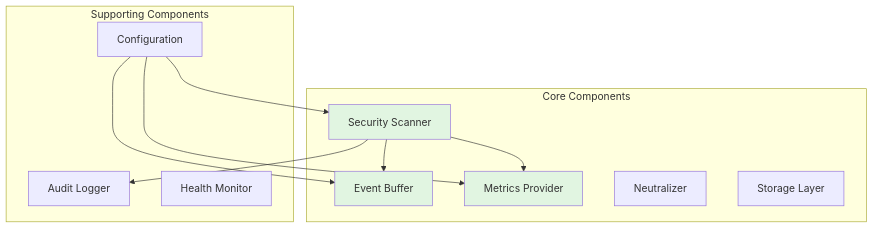
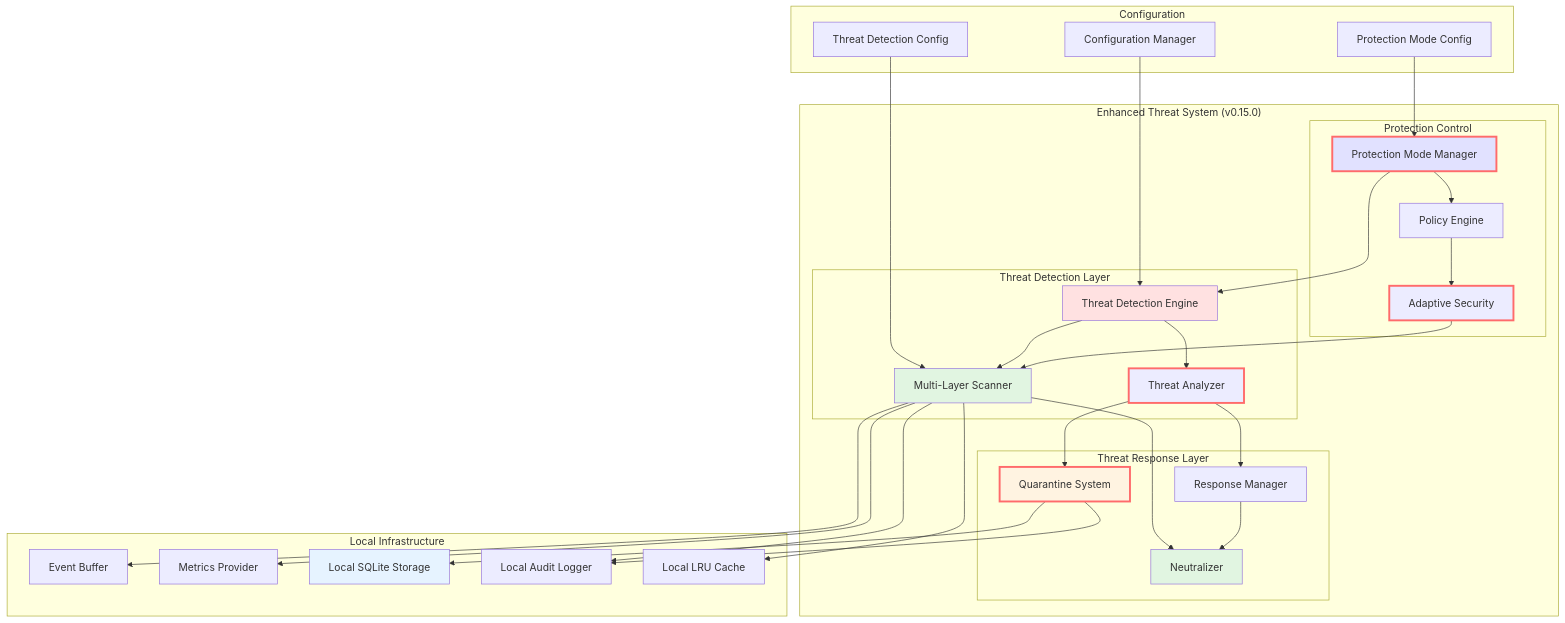
Before and after one commit to kindly-software-inc/kindly-guard: the second of 7 diagrams in docs/architecture/ARCHITECTURE.md, drawn with Mermaid. The commit also changed other lines of this file and 264 other files, not shown here.

First line of the commit message:
feat: Unified binary architecture and v0.15.0 release

````diff
--- a/docs/architecture/ARCHITECTURE.md
+++ b/docs/architecture/ARCHITECTURE.md
@@ -66,28 +135,73 @@
 ```mermaid
 graph TB
-    subgraph "Core Components"
-        Scanner[Security Scanner]
+    subgraph "Enhanced Threat System (v0.15.0)"
+        subgraph "Threat Detection Layer"
+            ThreatEngine[Threat Detection Engine]
+            Scanner[Multi-Layer Scanner]
+            Analyzer[Threat Analyzer]
+        end
+        
+        subgraph "Threat Response Layer"
+            Quarantine[Quarantine System]
+            Neutralizer[Neutralizer]
+            Responder[Response Manager]
+        end
+        
+        subgraph "Protection Control"
+            ProtectionModes[Protection Mode Manager]
+            PolicyEngine[Policy Engine]
+            Adaptivity[Adaptive Security]
+        end
+    end
+    
+    subgraph "Local Infrastructure"
         Buffer[Event Buffer]
         Metrics[Metrics Provider]
-        Neutralizer[Neutralizer]
-        Storage[Storage Layer]
+        Storage[Local SQLite Storage]
+        Audit[Local Audit Logger]
+        Cache[Local LRU Cache]
     end
     
-    subgraph "Supporting Components"
-        Config[Configuration]
-        Audit[Audit Logger]
-        Health[Health Monitor]
+    subgraph "Configuration"
+        Config[Configuration Manager]
+        ModeConfig[Protection Mode Config]
+        ThreatConfig[Threat Detection Config]
     end
     
-    Config --> Scanner
-    Config --> Buffer
-    Config --> Metrics
+    Config --> ThreatEngine
+    ModeConfig --> ProtectionModes
+    ThreatConfig --> Scanner
     
+    ThreatEngine --> Scanner
+    ThreatEngine --> Analyzer
+    Analyzer --> Quarantine
+    Analyzer --> Responder
+    
+    Scanner --> Neutralizer
     Scanner --> Buffer
     Scanner --> Metrics
     Scanner --> Audit
+    Scanner --> Cache
     
+    ProtectionModes --> ThreatEngine
+    ProtectionModes --> PolicyEngine
+    PolicyEngine --> Adaptivity
+    Adaptivity --> Scanner
+    
+    Quarantine --> Storage
+    Quarantine --> Audit
+    Responder --> Neutralizer
+    
+    style ThreatEngine fill:#ffe1e1
     style Scanner fill:#e1f5e1
-    style Buffer fill:#e1f5e1
-    style Metrics fill:#e1f5e1
+    style Quarantine fill:#fff3e1
+    style ProtectionModes fill:#e1e1ff
+    style Neutralizer fill:#e1f5e1
+    style Storage fill:#e6f3ff
+    
+    %% Highlight new v0.15.0 components
+    style Analyzer stroke:#ff6b6b,stroke-width:3px
+    style Quarantine stroke:#ff6b6b,stroke-width:3px
+    style ProtectionModes stroke:#ff6b6b,stroke-width:3px
+    style Adaptivity stroke:#ff6b6b,stroke-width:3px
 ```
````
